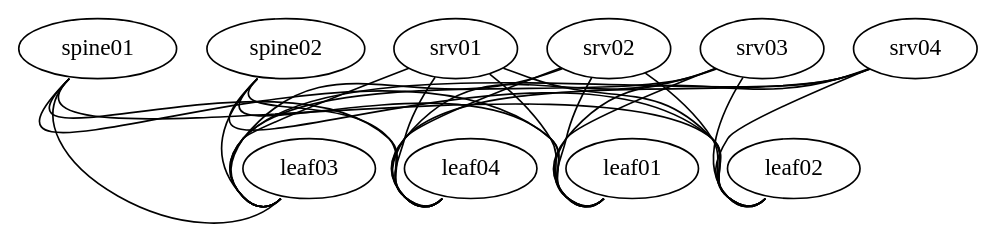
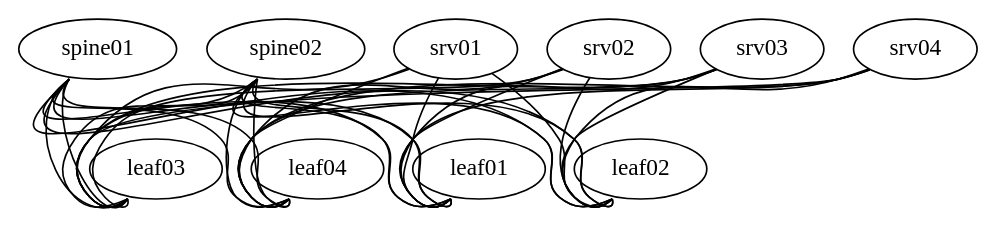
The diagram in air/topology-4rail.dot (sahil14064/nvidia-air-ai-networking-lab), drawn with Graphviz before and after one commit.

```diff
--- a/air/topology-4rail.dot
+++ b/air/topology-4rail.dot
@@ -1,53 +1,62 @@
 graph "4_Rail_HPC_Lab" {
     // Spine Switches
     "spine01" [function="spine" os="cumulus-vx-5.10.1" cpu="2" memory="4096"]
     "spine02" [function="spine" os="cumulus-vx-5.10.1" cpu="2" memory="4096"]
 		
     // Leaf Switches (The Rails)
     "leaf01" [function="leaf" os="cumulus-vx-5.10.1" cpu="2" memory="4096"]
     "leaf02" [function="leaf" os="cumulus-vx-5.10.1" cpu="2" memory="4096"]
     "leaf03" [function="leaf" os="cumulus-vx-5.10.1" cpu="2" memory="4096"]
     "leaf04" [function="leaf" os="cumulus-vx-5.10.1" cpu="2" memory="4096"]
 
     // Servers (Optimized for your limits)
     "srv01" [function="server" os="generic/ubuntu2204" cpu="1" memory="2048"]
     "srv02" [function="server" os="generic/ubuntu2204" cpu="1" memory="2048"]
     "srv03" [function="server" os="generic/ubuntu2204" cpu="1" memory="2048"]
     "srv04" [function="server" os="generic/ubuntu2204" cpu="1" memory="2048"]
     
     // Wiring Fat-Tree (spine - leaf)
-    "spine01":"swp1" -- "leaf01":"swp47"
-    "spine01":"swp2" -- "leaf02":"swp48"
-    "spine01":"swp3" -- "leaf03":"swp49"
-    "spine01":"swp4" -- "leaf04":"swp50"
-    "spine02":"swp1" -- "leaf01":"swp47"
-    "spine02":"swp2" -- "leaf02":"swp48"
-    "spine02":"swp3" -- "leaf03":"swp49"
-    "spine02":"swp4" -- "leaf04":"swp50"
+    "spine01":"swp1" -- "leaf01":"swp43"
+    "spine01":"swp2" -- "leaf01":"swp44"
+    "spine01":"swp3" -- "leaf02":"swp45"
+    "spine01":"swp4" -- "leaf02":"swp46"
+    "spine01":"swp5" -- "leaf03":"swp47"
+    "spine01":"swp6" -- "leaf03":"swp48"
+    "spine01":"swp7" -- "leaf04":"swp49"
+    "spine01":"swp8" -- "leaf04":"swp50"
+
+	"spine02":"swp1" -- "leaf01":"swp43"
+    "spine02":"swp2" -- "leaf01":"swp44"
+    "spine02":"swp3" -- "leaf02":"swp45"
+    "spine02":"swp4" -- "leaf02":"swp46"
+    "spine02":"swp5" -- "leaf03":"swp47"
+    "spine02":"swp6" -- "leaf03":"swp48"
+    "spine02":"swp7" -- "leaf04":"swp49"
+    "spine02":"swp8" -- "leaf04":"swp50"
     
     // Wiring Rail 1
     "srv01":"eth0" -- "leaf01":"swp1"
     "srv02":"eth0" -- "leaf01":"swp2"
     "srv03":"eth0" -- "leaf01":"swp3"
     "srv04":"eth0" -- "leaf01":"swp4"
 
 
     // Wiring Rail 2
     "srv01":"eth1" -- "leaf02":"swp1"
     "srv02":"eth1" -- "leaf02":"swp2"
     "srv03":"eth1" -- "leaf02":"swp3"
     "srv04":"eth1" -- "leaf02":"swp4"
 
     // Wiring Rail 3
     "srv01":"eth2" -- "leaf03":"swp1"
     "srv02":"eth2" -- "leaf03":"swp2"
     "srv03":"eth2" -- "leaf03":"swp3"
     "srv04":"eth2" -- "leaf03":"swp4"
 
 
     // Wiring Rail 4
     "srv01":"eth3" -- "leaf04":"swp1"
     "srv02":"eth3" -- "leaf04":"swp2"
     "srv03":"eth3" -- "leaf04":"swp3"
     "srv04":"eth3" -- "leaf04":"swp4"
 }
```
